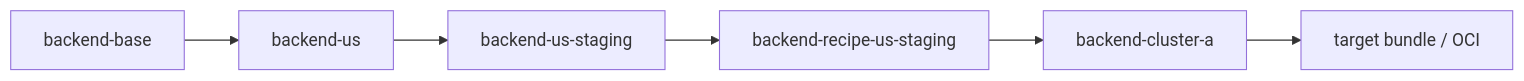
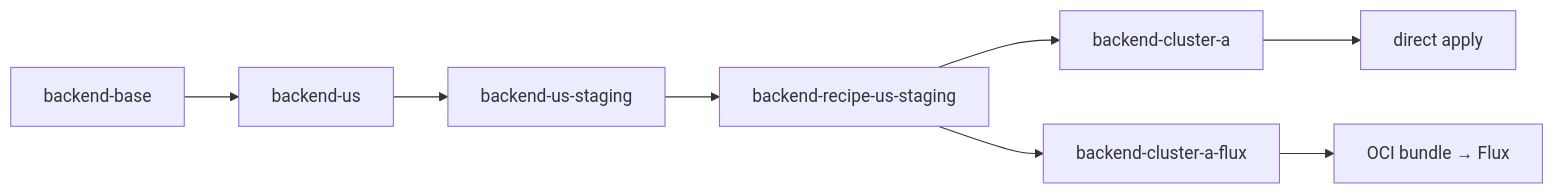
One commit to confighub/examples changed the diagram in incubator/global-app-layer/single-component/README.md. Above: the diagram before and after it, drawn with Mermaid. The commit also changed other lines of this file and 6 other files, not shown here.

First line of the commit message:
feat(single-component): add Flux OCI deployment variant

````diff
--- a/incubator/global-app-layer/single-component/README.md
+++ b/incubator/global-app-layer/single-component/README.md
@@ -91,8 +97,10 @@
 ```mermaid
 flowchart LR
   Base["backend-base"] --> Region["backend-us"]
   Region --> Role["backend-us-staging"]
   Role --> Recipe["backend-recipe-us-staging"]
-  Recipe --> Deploy["backend-cluster-a"]
-  Deploy --> Bundle["target bundle / OCI"]
+  Recipe --> DirectDeploy["backend-cluster-a"]
+  Recipe --> FluxDeploy["backend-cluster-a-flux"]
+  DirectDeploy --> DirectBundle["direct apply"]
+  FluxDeploy --> FluxBundle["OCI bundle → Flux"]
 ```
````
